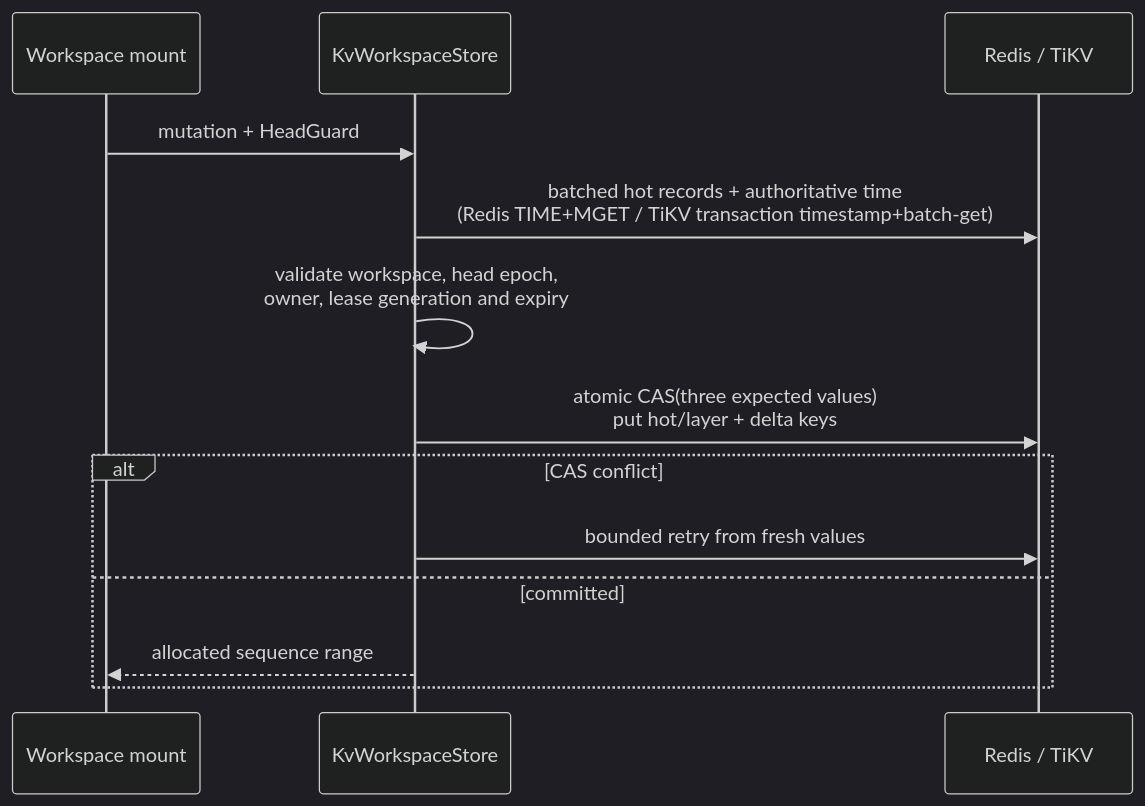
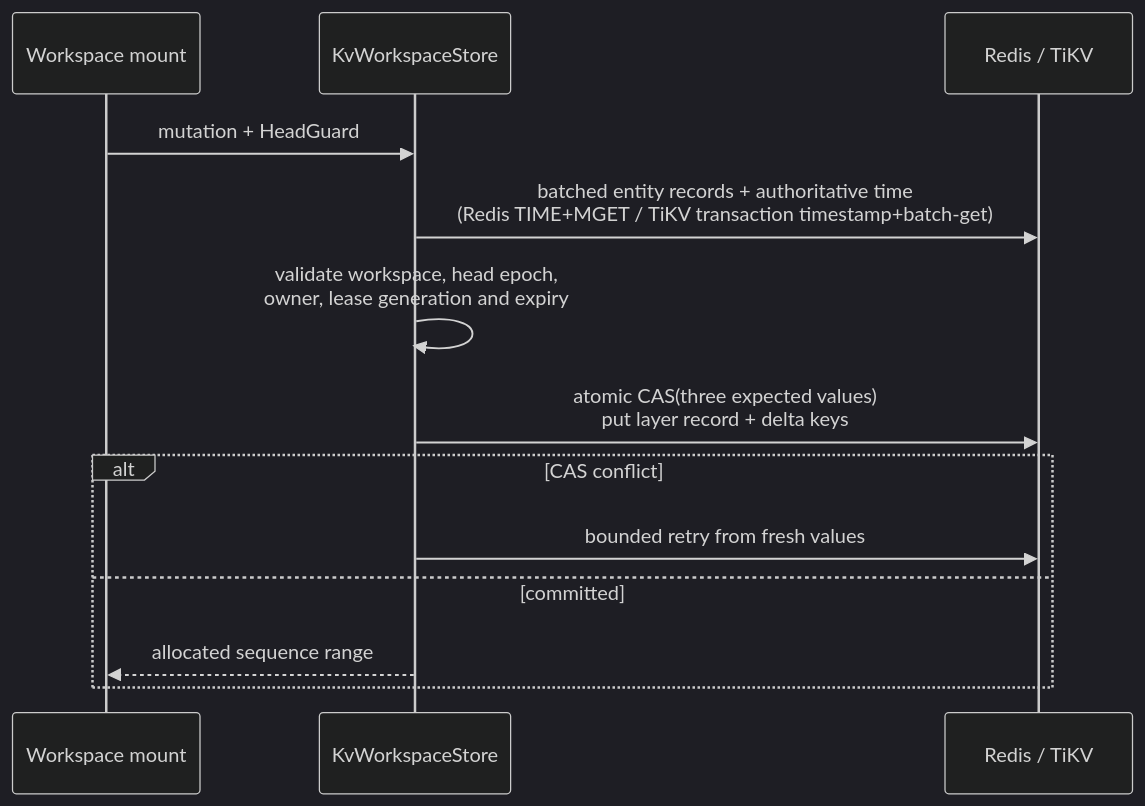
One commit to brewfs/brewfs changed the third of 3 diagrams in doc/architecture/workspace-overlay.md. Above: the diagram before and after it, drawn with Mermaid (dark theme). The commit also changed other lines of this file and 1 other file, not shown here.

Commit message:
docs(workspace): specify entity-key topology, migration, and concurrency tests

````diff
--- a/doc/architecture/workspace-overlay.md
+++ b/doc/architecture/workspace-overlay.md
@@ -108,16 +111,16 @@
 ```mermaid
 sequenceDiagram
     participant M as Workspace mount
     participant S as KvWorkspaceStore
     participant K as Redis / TiKV
 
     M->>S: mutation + HeadGuard
-    S->>K: batched hot records + authoritative time<br/>(Redis TIME+MGET / TiKV transaction timestamp+batch-get)
+    S->>K: batched entity records + authoritative time<br/>(Redis TIME+MGET / TiKV transaction timestamp+batch-get)
     S->>S: validate workspace, head epoch,<br/>owner, lease generation and expiry
-    S->>K: atomic CAS(three expected values)<br/>put hot/layer + delta keys
+    S->>K: atomic CAS(three expected values)<br/>put layer record + delta keys
     alt CAS conflict
         S->>K: bounded retry from fresh values
     else committed
         S-->>M: allocated sequence range
     end
 ```
````
